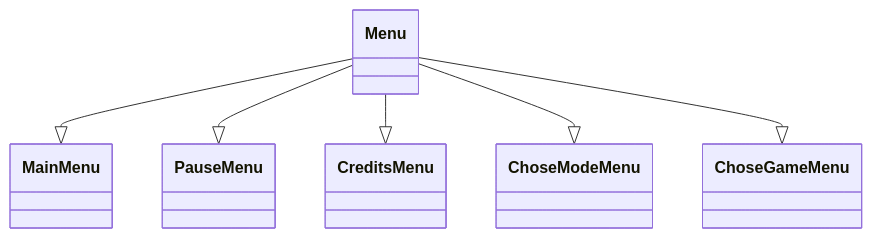
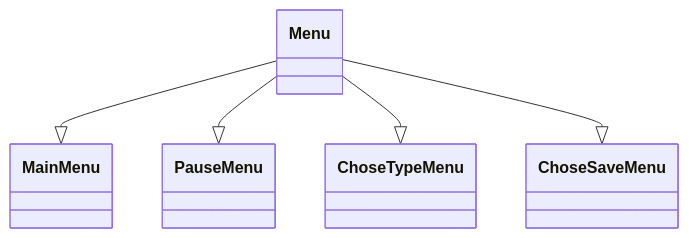
One commit to mikic202/Bomberman_Game changed the fourth of 4 diagrams in README.md. Above: the diagram before and after it, drawn with Mermaid. The commit also changed other lines of this file, not shown here.

````diff
--- a/README.md
+++ b/README.md
@@ -47,8 +47,7 @@
 ```mermaid
 classDiagram
 Menu--|>MainMenu
 Menu--|>PauseMenu
-Menu--|>CreditsMenu
-Menu--|>ChoseModeMenu
-Menu--|>ChoseGameMenu
+Menu--|>ChoseTypeMenu
+Menu--|>ChoseSaveMenu
 ```
````
